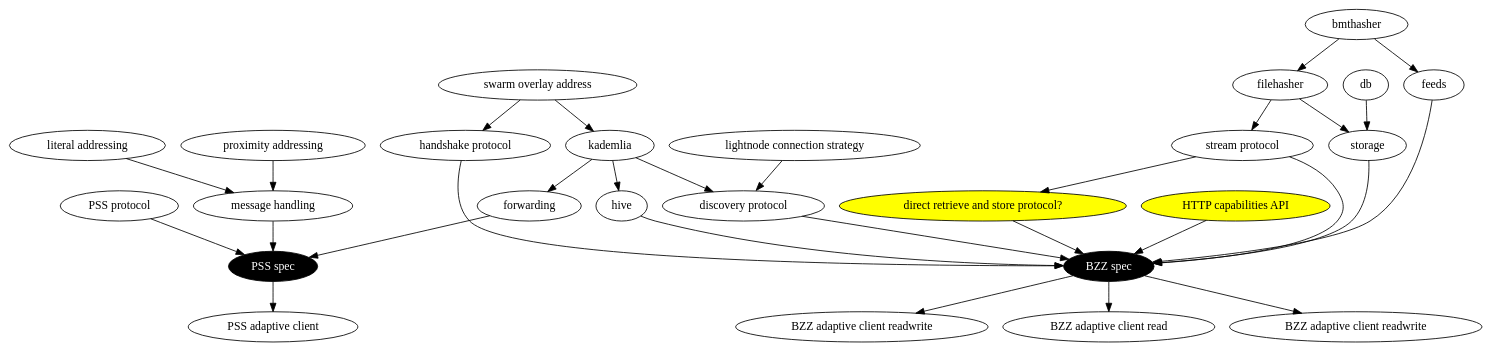
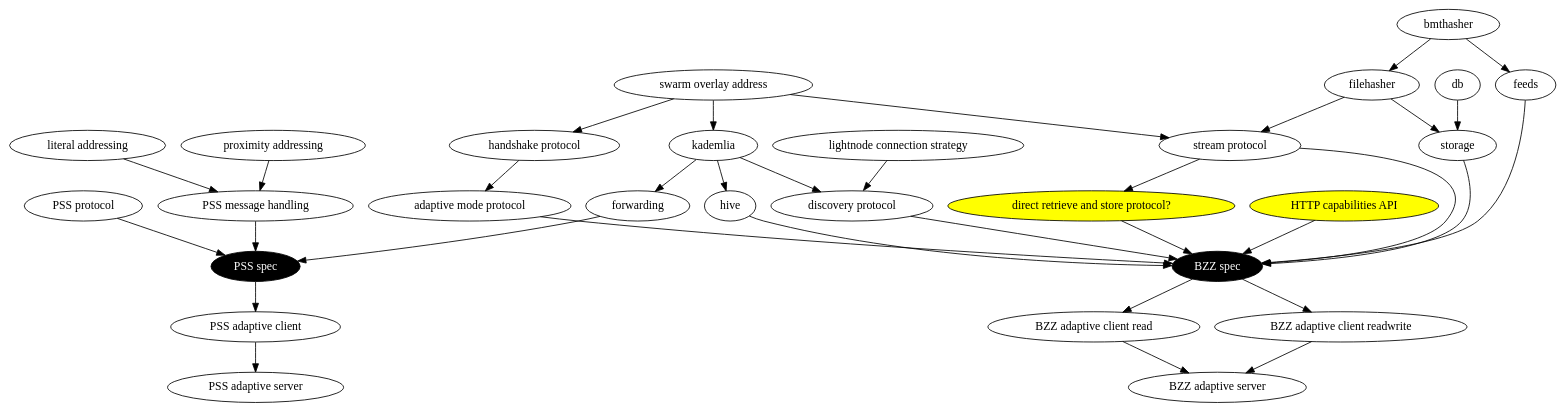
The diagram in specdep.dot (nolash/swarm-adaptive-node), drawn with Graphviz before and after one commit. The commit also changed 9 other files, not shown here.

```diff
--- a/specdep.dot
+++ b/specdep.dot
@@ -1,42 +1,44 @@
 digraph{
 	PSS [label="PSS spec",style="filled",fillcolor="black",fontcolor="white"]
 	BZZ [label="BZZ spec",style="filled",fillcolor="black",fontcolor="white"]
 	lightextension [label="direct retrieve and store protocol?",style="filled",fillcolor="yellow"]
 	discovery [label="discovery protocol"]
 	handshake [label="handshake protocol"]
+	adaptivemode [label="adaptive mode protocol"]
 	pssprotocol [label="PSS protocol"]
 	overlay [label="swarm overlay address"]
 	literaladdress [label="literal addressing"]
 	proxaddress [label="proximity addressing"]
-	psshandler [label="message handling"]
+	psshandler [label="PSS message handling"]
 	stream [label="stream protocol"]
 	lightdiscoverystrategy [label="lightnode connection strategy"]
 	bzzclientread [label="BZZ adaptive client read"]
 	bzzclientrw [label="BZZ adaptive client readwrite"]
-	bzzserver [label="BZZ adaptive client readwrite"]
+	bzzserver [label="BZZ adaptive server"]
 	pssclient [label="PSS adaptive client"]
+	pssserver [label="PSS adaptive server"]
 	httpcap [label="HTTP capabilities API",style="filled",fillcolor="yellow"]
 	
 	overlay -> kademlia
-	overlay -> handshake
+	overlay -> handshake -> adaptivemode
+	overlay -> stream
 
 	kademlia -> forwarding -> PSS
 	pssprotocol -> PSS
 	{literaladdress, proxaddress} -> psshandler -> PSS
 
-	handshake -> BZZ
+	adaptivemode -> BZZ
 	lightdiscoverystrategy -> discovery
 	kademlia -> discovery -> BZZ
 	kademlia -> hive -> BZZ
-	bmthasher -> filehasher
-	{filehasher, db} -> storage
+	bmthasher -> filehasher -> storage
+	db -> storage
 	filehasher -> stream
 	stream -> lightextension
 	{storage, stream, lightextension, httpcap} -> BZZ
 	bmthasher -> feeds -> BZZ
 
-	BZZ -> bzzclientread
-	BZZ -> bzzclientrw
-	BZZ -> bzzserver
-	PSS -> pssclient
+	BZZ -> bzzclientread -> bzzserver
+	BZZ -> bzzclientrw -> bzzserver
+	PSS -> pssclient -> pssserver
 }
```
